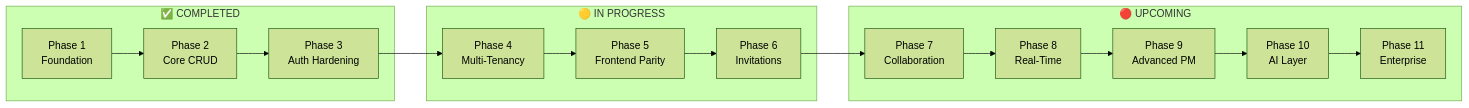
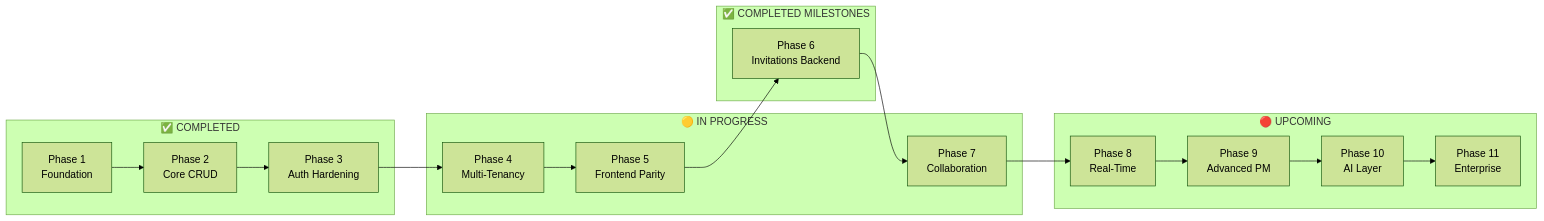
One commit to rohanbuildai/ProjectForge changed the first of 3 diagrams in ProjectForge_Roadmap.md. Above: the diagram before and after it, drawn with Mermaid (forest theme). The commit also changed other lines of this file and 4 other files, not shown here.

````diff
--- a/ProjectForge_Roadmap.md
+++ b/ProjectForge_Roadmap.md
@@ -37,24 +37,27 @@
 ```mermaid
 graph LR
     subgraph COMPLETED["✅ COMPLETED"]
         P1["Phase 1\nFoundation"]
         P2["Phase 2\nCore CRUD"]
         P3["Phase 3\nAuth Hardening"]
     end
 
     subgraph IN_PROGRESS["🟡 IN PROGRESS"]
         P4["Phase 4\nMulti-Tenancy"]
         P5["Phase 5\nFrontend Parity"]
-        P6["Phase 6\nInvitations"]
+        P7["Phase 7\nCollaboration"]
+    end
+
+    subgraph COMPLETED2["✅ COMPLETED MILESTONES"]
+        P6["Phase 6\nInvitations Backend"]
     end
 
     subgraph UPCOMING["🔴 UPCOMING"]
-        P7["Phase 7\nCollaboration"]
         P8["Phase 8\nReal-Time"]
         P9["Phase 9\nAdvanced PM"]
         P10["Phase 10\nAI Layer"]
         P11["Phase 11\nEnterprise"]
     end
 
     P1 --> P2 --> P3 --> P4 --> P5 --> P6 --> P7 --> P8 --> P9 --> P10 --> P11
 ```
````
